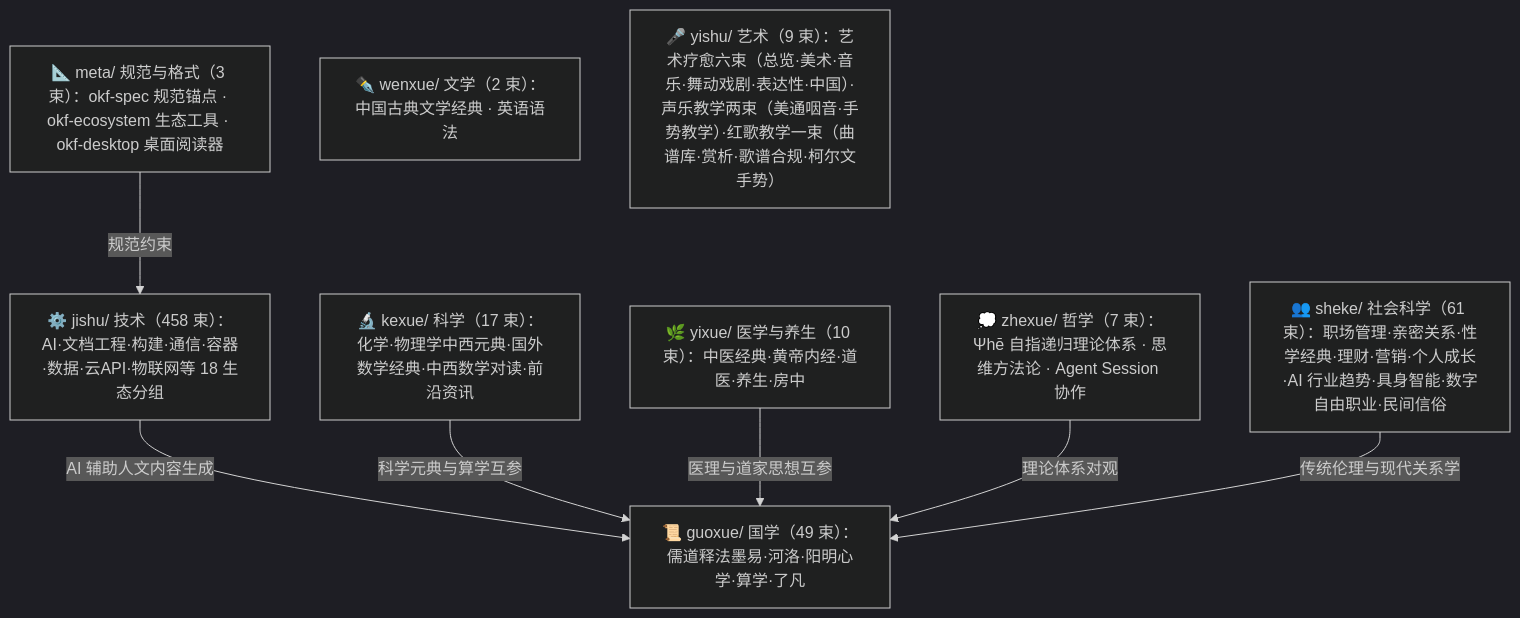
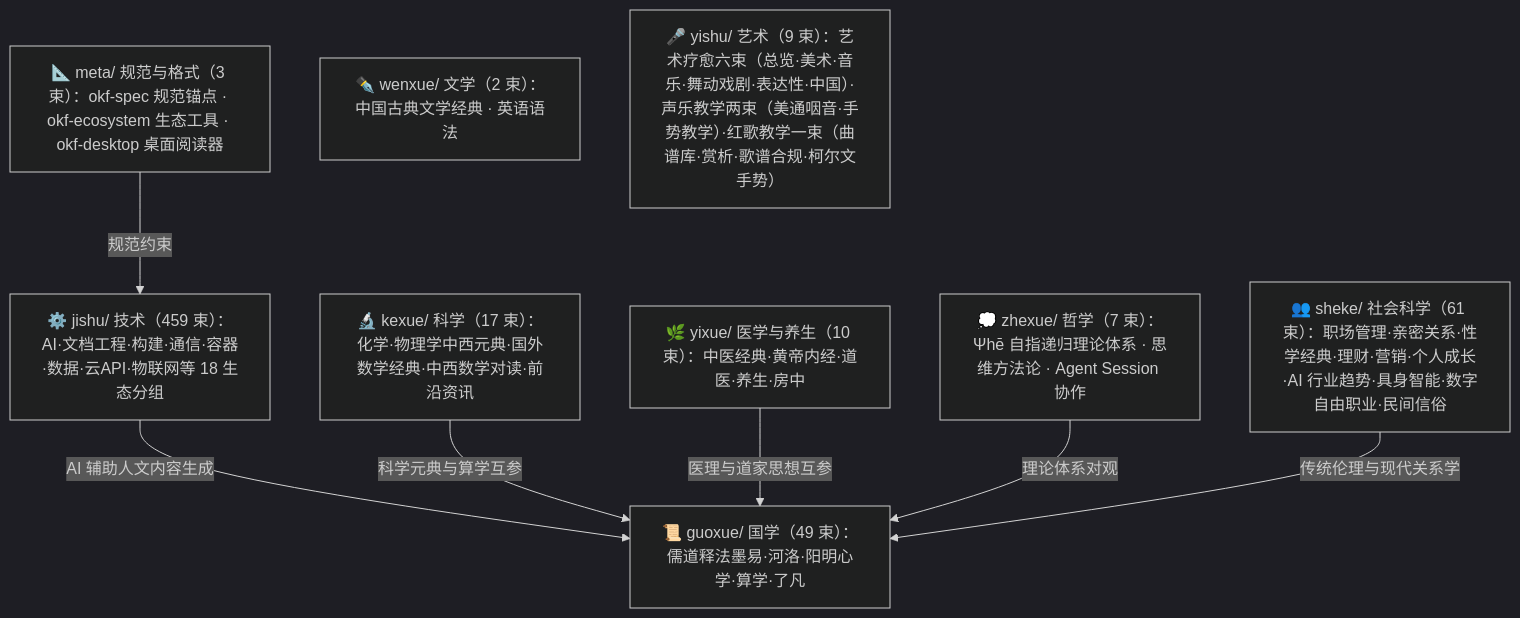
One commit to awesome-flexloop/awesome-okf changed the diagram in doc/bundles/index.md. Above: the diagram before and after it, drawn with Mermaid (dark theme). The commit also changed other lines of this file and 13 other files, not shown here.

````diff
--- a/doc/bundles/index.md
+++ b/doc/bundles/index.md
@@ -21,18 +21,18 @@
 ```mermaid
 flowchart TD
     meta["📐 meta/ 规范与格式（3 束）：okf-spec 规范锚点 · okf-ecosystem 生态工具 · okf-desktop 桌面阅读器"]
     guoxue["📜 guoxue/ 国学（49 束）：儒道释法墨易·河洛·阳明心学·算学·了凡"]
     zhexue["💭 zhexue/ 哲学（7 束）：Ψhē 自指递归理论体系 · 思维方法论 · Agent Session 协作"]
     kexue["🔬 kexue/ 科学（17 束）：化学·物理学中西元典·国外数学经典·中西数学对读·前沿资讯"]
     wenxue["✒️ wenxue/ 文学（2 束）：中国古典文学经典 · 英语语法"]
     yixue["🌿 yixue/ 医学与养生（10 束）：中医经典·黄帝内经·道医·养生·房中"]
     sheke["👥 sheke/ 社会科学（61 束）：职场管理·亲密关系·性学经典·理财·营销·个人成长·AI 行业趋势·具身智能·数字自由职业·民间信俗"]
     yishu["🎤 yishu/ 艺术（9 束）：艺术疗愈六束（总览·美术·音乐·舞动戏剧·表达性·中国）·声乐教学两束（美通咽音·手势教学）·红歌教学一束（曲谱库·赏析·歌谱合规·柯尔文手势）"]
-    jishu["⚙️ jishu/ 技术（458 束）：AI·文档工程·构建·通信·容器·数据·云API·物联网等 18 生态分组"]
+    jishu["⚙️ jishu/ 技术（459 束）：AI·文档工程·构建·通信·容器·数据·云API·物联网等 18 生态分组"]
     meta -->|"规范约束"| jishu
     jishu -->|"AI 辅助人文内容生成"| guoxue
     kexue -->|"科学元典与算学互参"| guoxue
     yixue -->|"医理与道家思想互参"| guoxue
     zhexue -->|"理论体系对观"| guoxue
     sheke -->|"传统伦理与现代关系学"| guoxue
 ```
````
